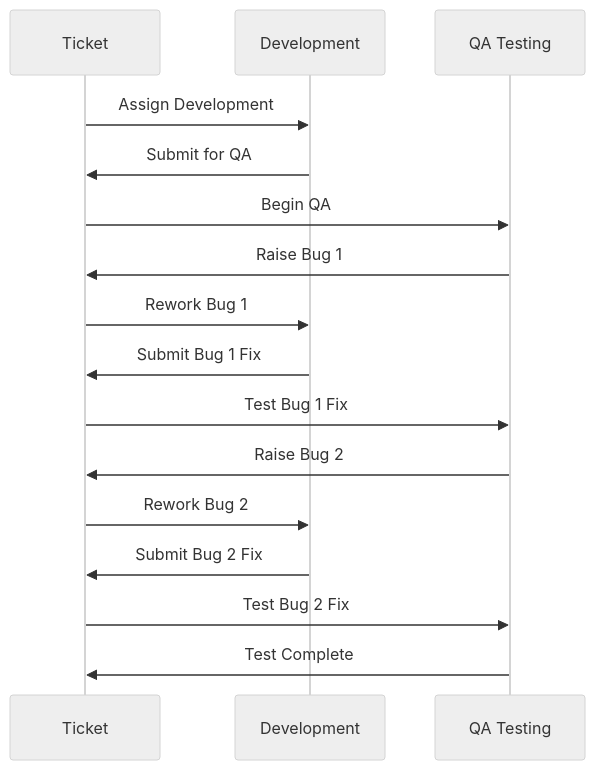
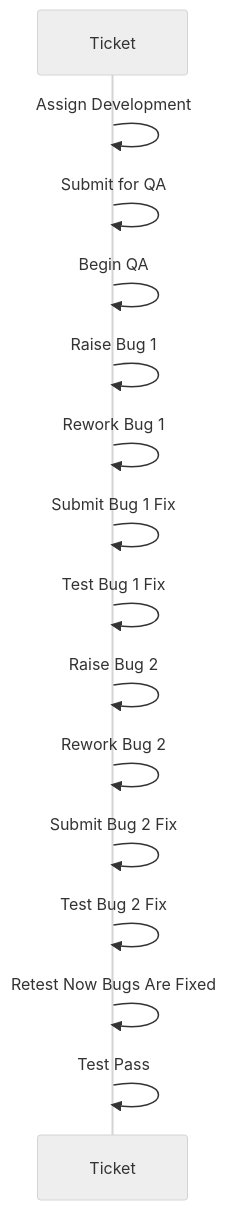
Before and after one commit to NyanHelsing/nyanhelsing.github.io: the first of 7 diagrams in workflow.md, drawn with Mermaid (neutral theme). The commit also changed other lines of this file, not shown here.

````diff
--- a/workflow.md
+++ b/workflow.md
@@ -15,19 +15,18 @@
 ```mermaid
 sequenceDiagram
     participant T as Ticket
-    participant Dev as Development
-    participant QA as QA Testing
     
-    T->>Dev: Assign Development
-    Dev->>T: Submit for QA
-    T->>QA: Begin QA
-    QA->>T: Raise Bug 1
-    T->>Dev: Rework Bug 1
-    Dev->>T: Submit Bug 1 Fix
-    T->>QA: Test Bug 1 Fix
-    QA->>T: Raise Bug 2
-    T->>Dev: Rework Bug 2
-    Dev->>T: Submit Bug 2 Fix
-    T->>QA: Test Bug 2 Fix
-    QA->>T: Test Complete
+    T->>T: Assign Development
+    T->>T: Submit for QA
+    T->>T: Begin QA
+    T->>T: Raise Bug 1
+    T->>T: Rework Bug 1
+    T->>T: Submit Bug 1 Fix
+    T->>T: Test Bug 1 Fix
+    T->>T: Raise Bug 2
+    T->>T: Rework Bug 2
+    T->>T: Submit Bug 2 Fix
+    T->>T: Test Bug 2 Fix
+    T->>T: Retest Now Bugs Are Fixed
+    T->>T: Test Pass
 ```
````
